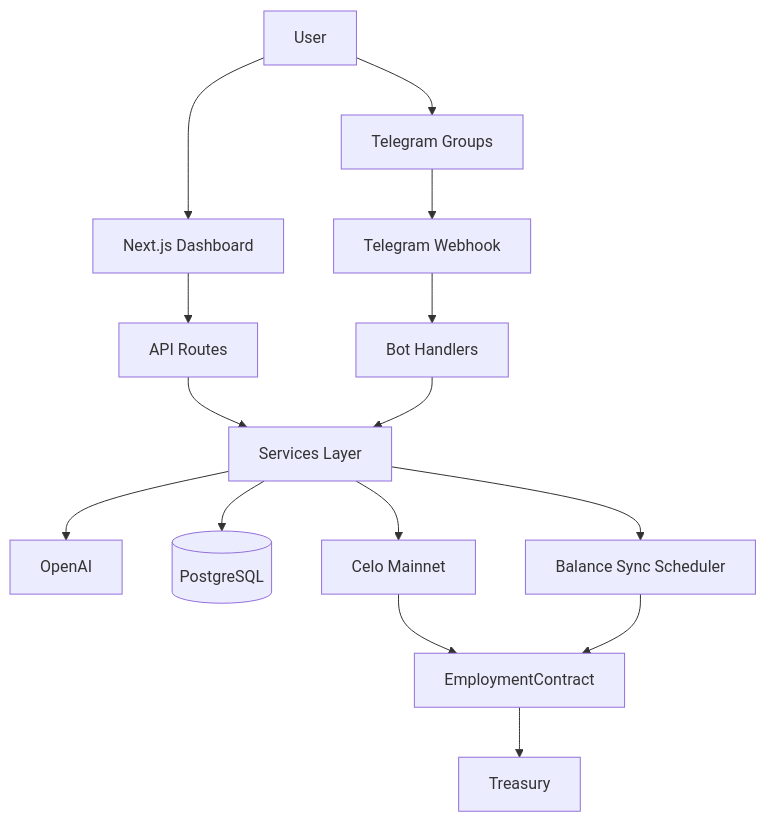
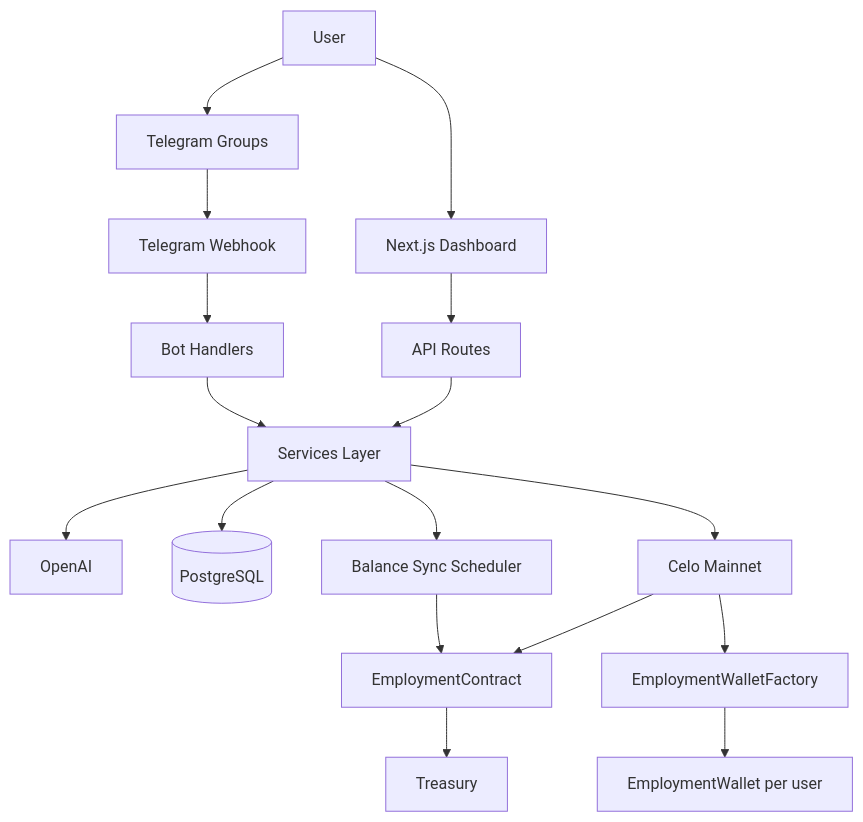
Before and after one commit to bobeu/sentry: the diagram in README.md, drawn with Mermaid. The commit also changed other lines of this file and 26 other files, not shown here.

First line of the commit message:
Add Prompt 8 RC1 wallet factory, demo mode, and UX polish.

````diff
--- a/README.md
+++ b/README.md
@@ -19,17 +19,19 @@
 ```mermaid
 flowchart TB
   User[User] --> Web[Next.js Dashboard]
   User --> TG[Telegram Groups]
   Web --> API[API Routes]
   TG --> Webhook[Telegram Webhook]
   Webhook --> Handlers[Bot Handlers]
   API --> Services[Services Layer]
   Handlers --> Services
   Services --> AI[OpenAI]
   Services --> DB[(PostgreSQL)]
   Services --> Chain[Celo Mainnet]
   Chain --> EC[EmploymentContract]
+  Chain --> WF[EmploymentWalletFactory]
+  WF --> EW[EmploymentWallet per user]
   Services --> Sync[Balance Sync Scheduler]
   Sync --> EC
   EC --> Treasury[Treasury]
 ```
````
